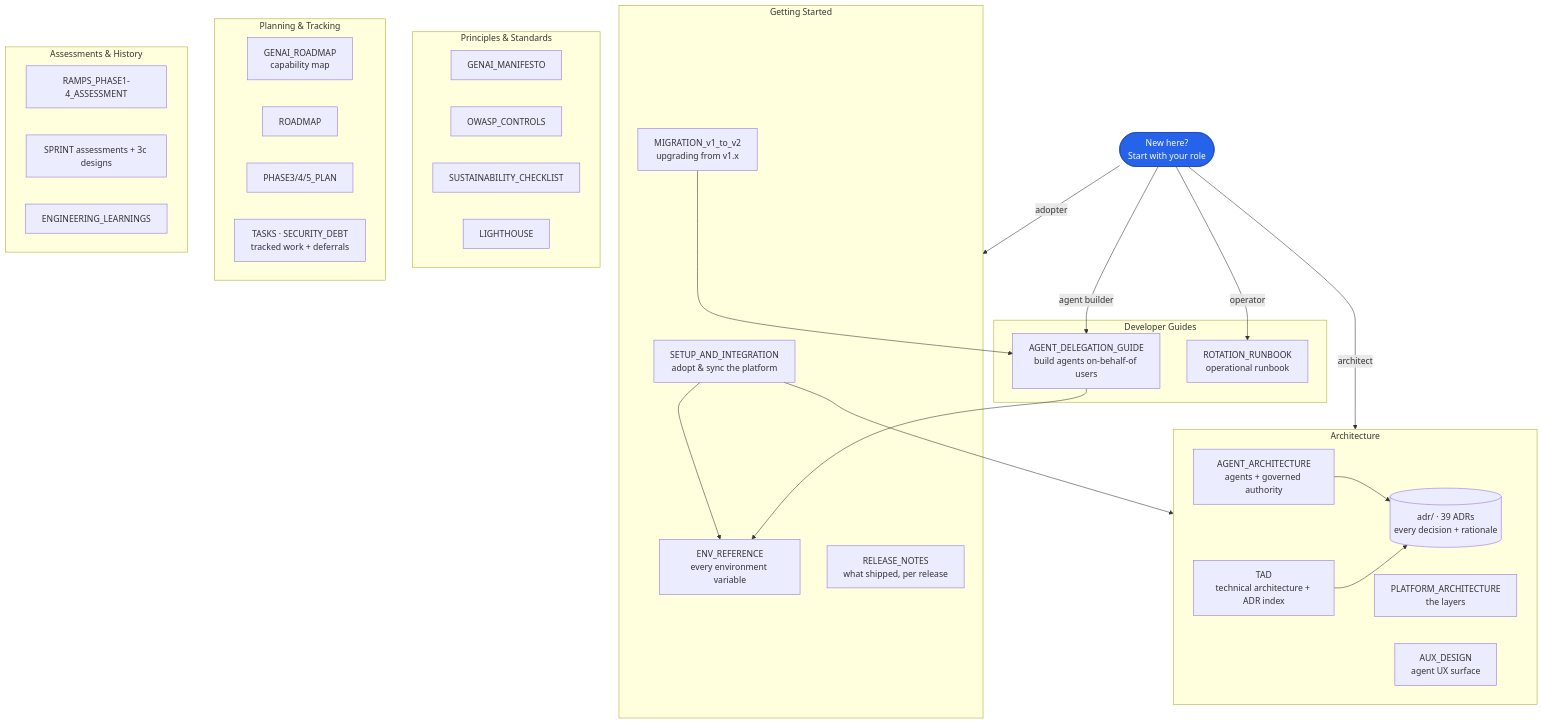
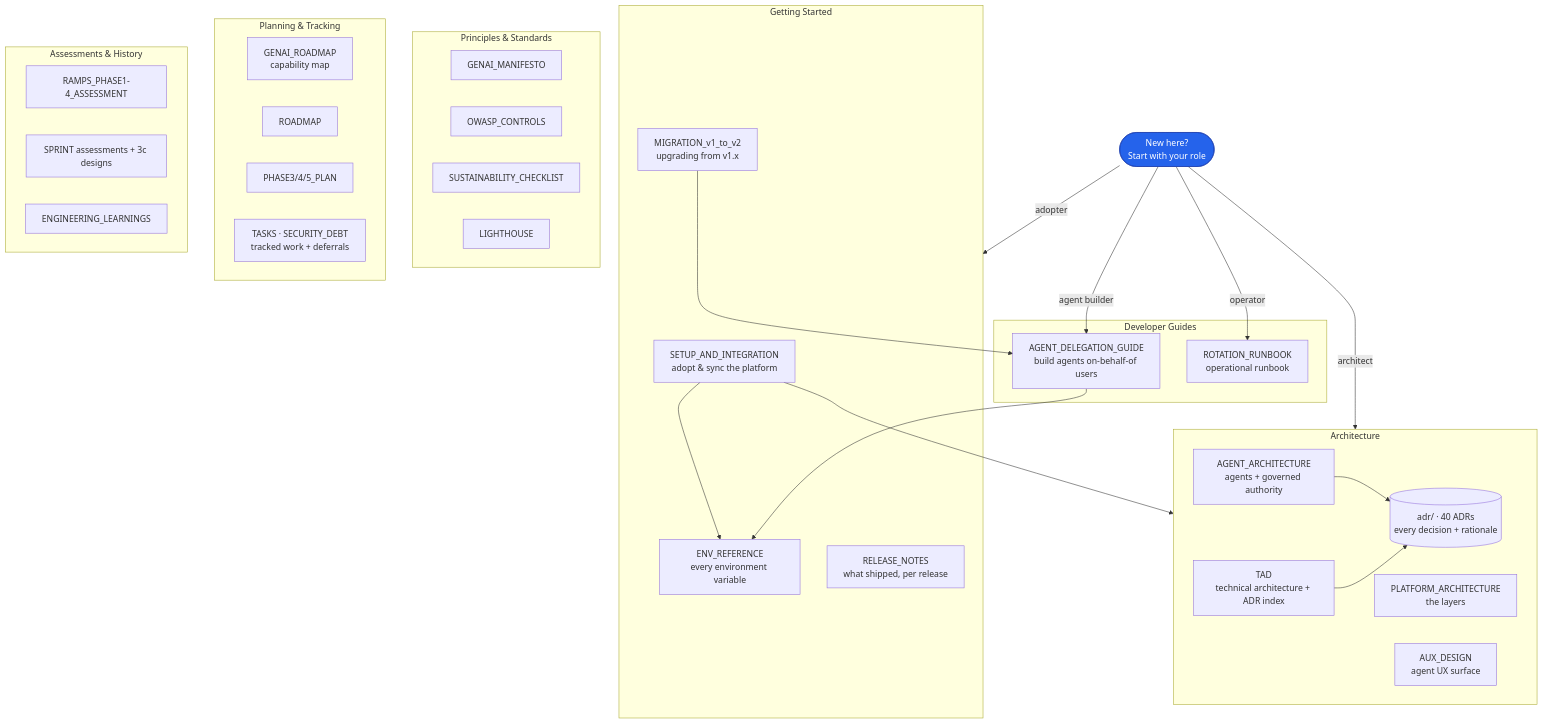
One commit to Datankare/platform-foundation changed the diagram in docs/README.md. Above: the diagram before and after it, drawn with Mermaid. The commit also changed other lines of this file and 3 other files, not shown here.

````diff
--- a/docs/README.md
+++ b/docs/README.md
@@ -23,59 +23,59 @@
 ```mermaid
 graph TD
     START([New here?<br/>Start with your role])
 
     subgraph GS["Getting Started"]
         SETUP[SETUP_AND_INTEGRATION<br/>adopt & sync the platform]
         ENV[ENV_REFERENCE<br/>every environment variable]
         MIG[MIGRATION_v1_to_v2<br/>upgrading from v1.x]
         REL[RELEASE_NOTES<br/>what shipped, per release]
     end
 
     subgraph ARCH["Architecture"]
         TAD[TAD<br/>technical architecture + ADR index]
         PLAT[PLATFORM_ARCHITECTURE<br/>the layers]
         AGENT[AGENT_ARCHITECTURE<br/>agents + governed authority]
         AUX[AUX_DESIGN<br/>agent UX surface]
-        ADR[(adr/ · 39 ADRs<br/>every decision + rationale)]
+        ADR[(adr/ · 40 ADRs<br/>every decision + rationale)]
     end
 
     subgraph GUIDES["Developer Guides"]
         DELEG[AGENT_DELEGATION_GUIDE<br/>build agents on-behalf-of users]
         ROT[ROTATION_RUNBOOK<br/>operational runbook]
     end
 
     subgraph PRINCIPLES["Principles & Standards"]
         MAN[GENAI_MANIFESTO]
         OWASP[OWASP_CONTROLS]
         SUS[SUSTAINABILITY_CHECKLIST]
         LIGHT[LIGHTHOUSE]
     end
 
     subgraph PLANNING["Planning & Tracking"]
         ROAD[GENAI_ROADMAP<br/>capability map]
         ROADMAP[ROADMAP]
         PHASE[PHASE3/4/5_PLAN]
         TASKS[TASKS · SECURITY_DEBT<br/>tracked work + deferrals]
     end
 
     subgraph HISTORY["Assessments & History"]
         RAMPS[RAMPS_PHASE1-4_ASSESSMENT]
         SPRINT[SPRINT assessments + 3c designs]
         LEARN[ENGINEERING_LEARNINGS]
     end
 
     START -->|adopter| GS
     START -->|architect| ARCH
     START -->|agent builder| DELEG
     START -->|operator| ROT
 
     SETUP --> ENV
     SETUP --> ARCH
     DELEG --> ENV
     AGENT --> ADR
     TAD --> ADR
     MIG --> DELEG
 
     classDef start fill:#2563eb,stroke:#1e40af,color:#fff
     class START start
 ```
````
